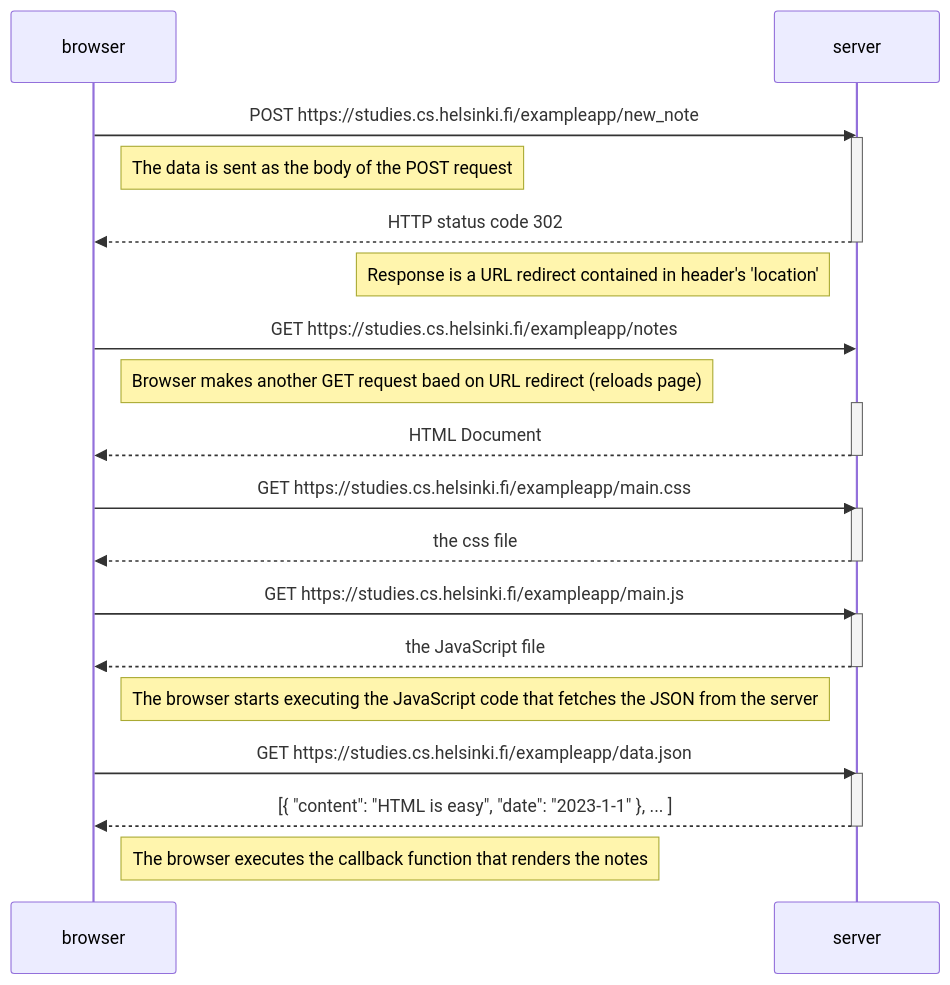
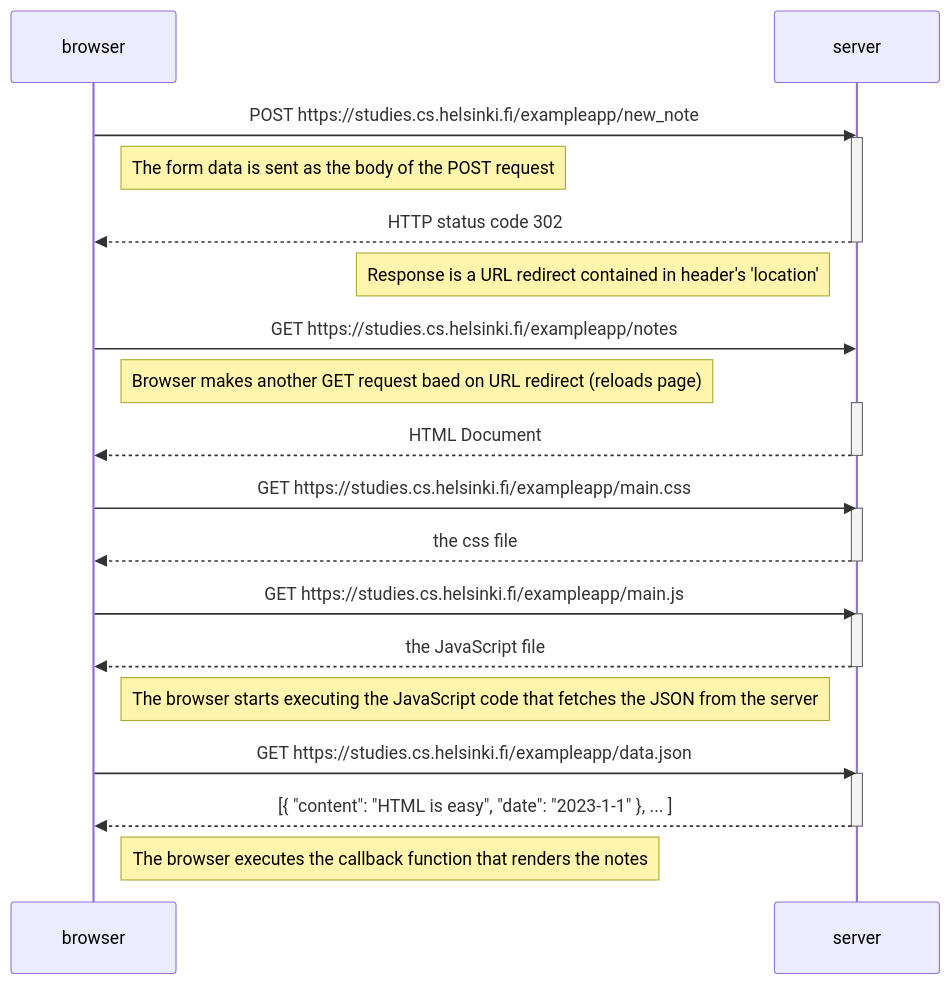
One commit to WingRa7/fullstackopencourse changed the diagram in part0/4.md. Above: the diagram before and after it, drawn with Mermaid.

````diff
--- a/part0/4.md
+++ b/part0/4.md
@@ -2,37 +2,37 @@
 ```mermaid
 sequenceDiagram
     participant browser
     participant server
 
     browser->>server: POST https://studies.cs.helsinki.fi/exampleapp/new_note
     activate server
-    Note right of browser: The data is sent as the body of the POST request
+    Note right of browser: The form data is sent as the body of the POST request
     server-->>browser: HTTP status code 302
     deactivate server
     Note left of server: Response is a URL redirect contained in header's 'location'
 
     browser->>server: GET https://studies.cs.helsinki.fi/exampleapp/notes
     Note right of browser: Browser makes another GET request baed on URL redirect (reloads page)
     activate server
     server-->>browser: HTML Document
     deactivate server
 
     browser->>server: GET https://studies.cs.helsinki.fi/exampleapp/main.css
     activate server
     server-->>browser: the css file
     deactivate server
 
     browser->>server: GET https://studies.cs.helsinki.fi/exampleapp/main.js
     activate server
     server-->>browser: the JavaScript file
     deactivate server
 
     Note right of browser: The browser starts executing the JavaScript code that fetches the JSON from the server
 
     browser->>server: GET https://studies.cs.helsinki.fi/exampleapp/data.json
     activate server
     server-->>browser: [{ "content": "HTML is easy", "date": "2023-1-1" }, ... ]
     deactivate server
 
     Note right of browser: The browser executes the callback function that renders the notes
 ```
````
